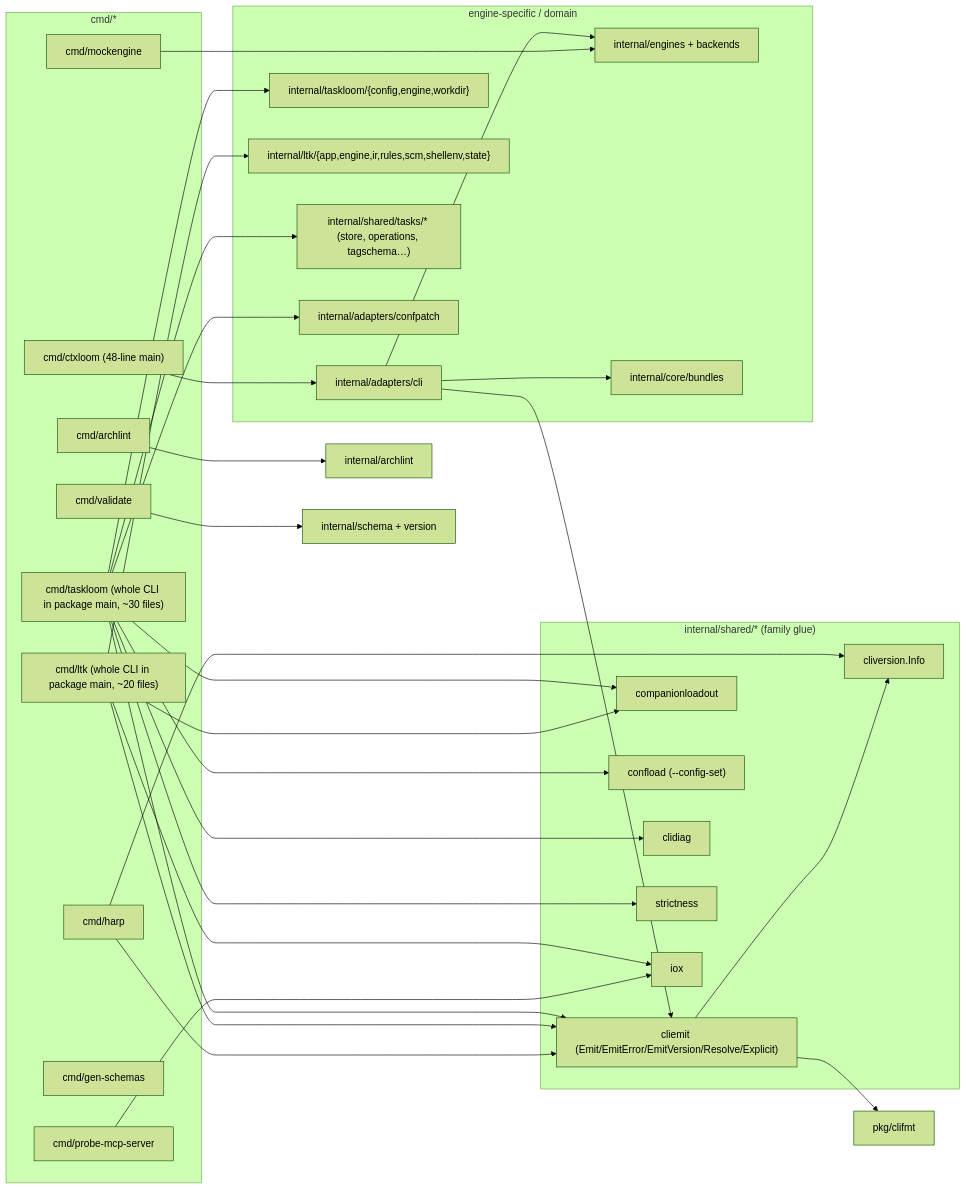
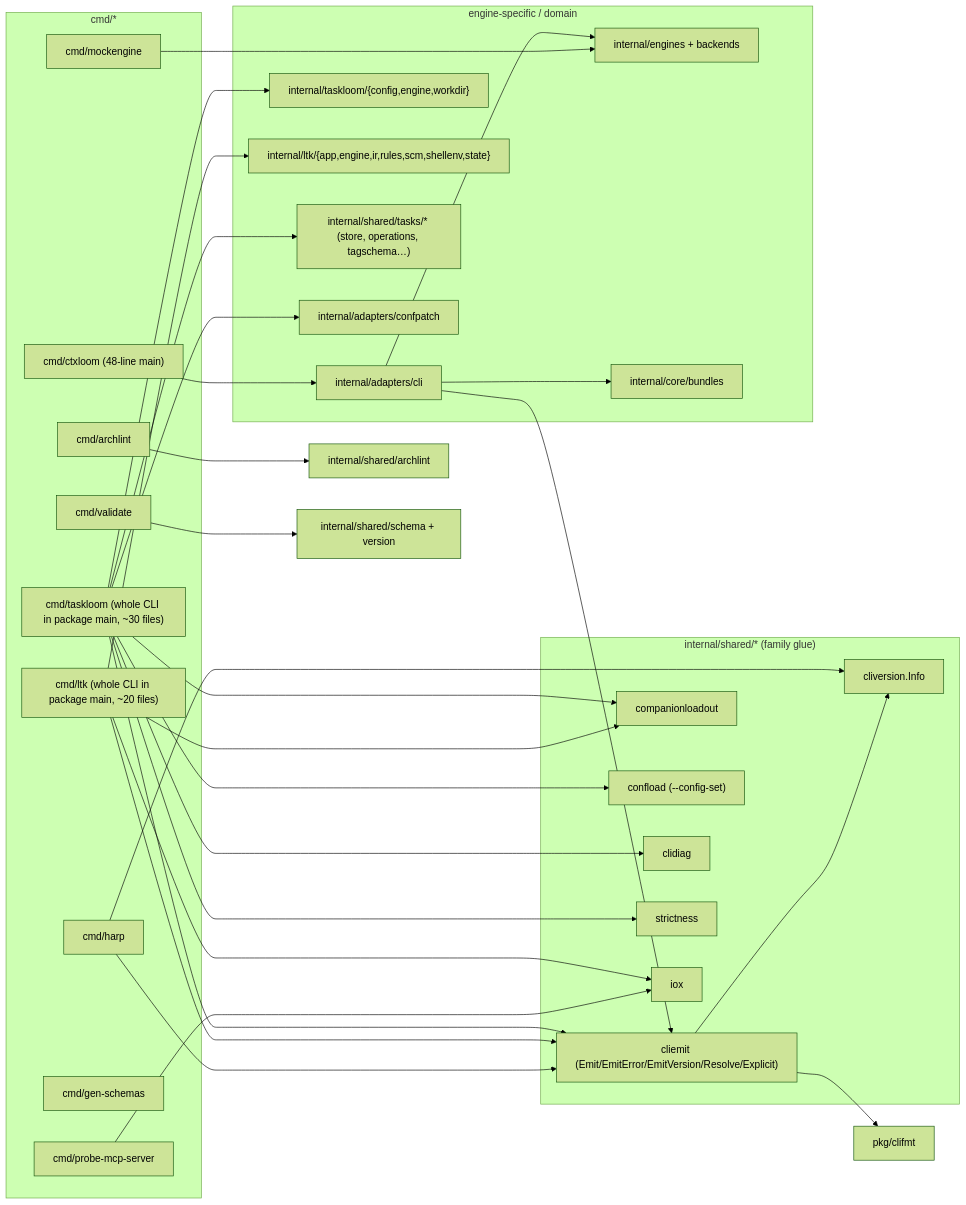
Before and after one commit to ctxloom/ctxloom: the seventh of 10 diagrams in docs/architecture/audit-2026-09-18/06-cli-operations.md, drawn with Mermaid (forest theme). The commit also changed other lines of this file and 235 other files, not shown here.

First line of the commit message:
refactor(arch): move the toolbox leaves into internal/shared

````diff
--- a/docs/architecture/audit-2026-09-18/06-cli-operations.md
+++ b/docs/architecture/audit-2026-09-18/06-cli-operations.md
@@ -431,58 +431,58 @@
 ```mermaid
 flowchart LR
   subgraph bins["cmd/*"]
     CTX["cmd/ctxloom (48-line main)"]
     TL["cmd/taskloom (whole CLI in package main, ~30 files)"]
     LTK["cmd/ltk (whole CLI in package main, ~20 files)"]
     HARP["cmd/harp"]
     ARCH["cmd/archlint"]
     MOCK["cmd/mockengine"]
     PROBE["cmd/probe-mcp-server"]
     GENS["cmd/gen-schemas"]
     VAL["cmd/validate"]
   end
   subgraph sharedp["internal/shared/* (family glue)"]
     CE["cliemit (Emit/EmitError/EmitVersion/Resolve/Explicit)"]
     CV["cliversion.Info"]
     CLOAD["companionloadout"]
     CONFL["confload (--config-set)"]
     CD["clidiag"]
     STR["strictness"]
     IOX["iox"]
   end
   subgraph libs["engine-specific / domain"]
     CLI["internal/adapters/cli"]
     TLE["internal/taskloom/{config,engine,workdir}"]
     LTKE["internal/ltk/{app,engine,ir,rules,scm,shellenv,state}"]
     TASKS["internal/shared/tasks/* (store, operations, tagschema…)"]
     ENG["internal/engines + backends"]
     BUND["internal/core/bundles"]
     CONFP["internal/adapters/confpatch"]
   end
   CLIFMT["pkg/clifmt"]
 
   CTX --> CLI
   CLI --> ENG
   CLI --> BUND
   CLI --> CE
   TL --> CE
   TL --> CLOAD
   TL --> CONFL
   TL --> CD
   TL --> STR
   TL --> TLE
   TL --> TASKS
   TL --> CONFP
   LTK --> CE
   LTK --> CLOAD
   LTK --> LTKE
   LTK --> IOX
   HARP --> CE
   HARP --> CV
   MOCK --> ENG
   CE --> CLIFMT
   CE --> CV
-  ARCH --> ARCHL["internal/archlint"]
-  VAL --> SCH["internal/schema + version"]
+  ARCH --> ARCHL["internal/shared/archlint"]
+  VAL --> SCH["internal/shared/schema + version"]
   PROBE --> IOX
 ```
````
